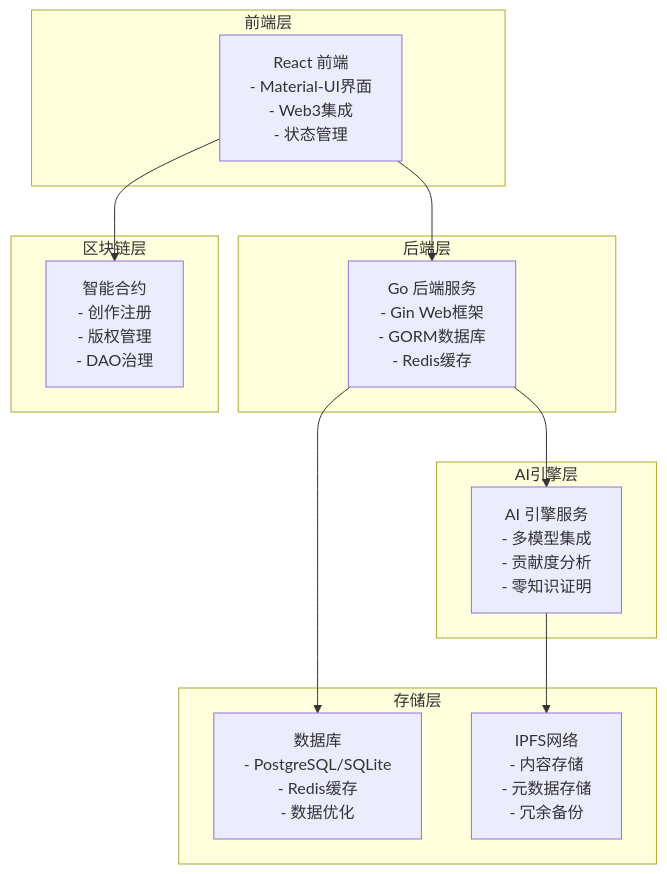
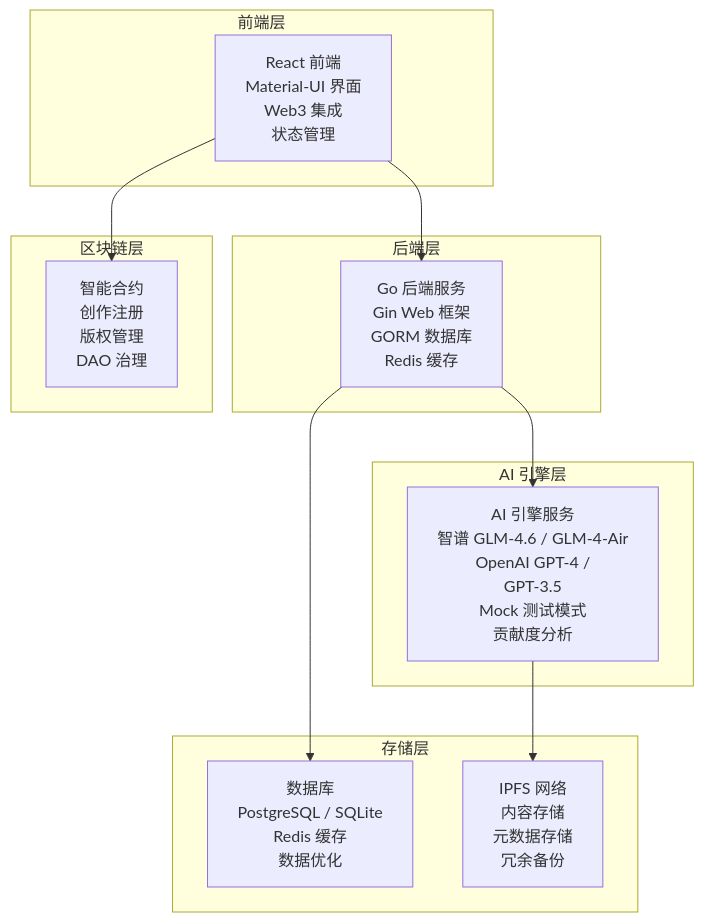
Before and after one commit to Ylim314/CreatorChain-OpenSource-2026: the diagram in docs/README.md, drawn with Mermaid. The commit also changed other lines of this file and 57 other files, not shown here.

````diff
--- a/docs/README.md
+++ b/docs/README.md
@@ -28,29 +30,30 @@
 ```mermaid
 graph TB
-    subgraph "前端层"
-        A[React 前端<br/>- Material-UI界面<br/>- Web3集成<br/>- 状态管理]
-    end
-  
-    subgraph "后端层"
-        B[Go 后端服务<br/>- Gin Web框架<br/>- GORM数据库<br/>- Redis缓存]
-    end
-  
-    subgraph "AI引擎层"
-        C[AI 引擎服务<br/>- 多模型集成<br/>- 贡献度分析<br/>- 零知识证明]
-    end
-  
-    subgraph "区块链层"
-        D[智能合约<br/>- 创作注册<br/>- 版权管理<br/>- DAO治理]
-    end
-  
-    subgraph "存储层"
-        E[数据库<br/>- PostgreSQL/SQLite<br/>- Redis缓存<br/>- 数据优化]
-        F[IPFS网络<br/>- 内容存储<br/>- 元数据存储<br/>- 冗余备份]
-    end
-  
-    A --> B
-    B --> C
-    A --> D
-    B --> E
-    C --> F
+      subgraph Frontend[前端层]
+          A["React 前端<br/>Material-UI 界面<br/>Web3 集成<br/>状态管理"]
+      end
+
+      subgraph Backend[后端层]
+          B["Go 后端服务<br/>Gin Web 框架<br/>GORM 数据库<br/>Redis 缓存"]
+      end
+
+      subgraph AIEngine[AI 引擎层]
+          C["AI 引擎服务<br/>智谱 GLM-4.6 / GLM-4-Air<br/>OpenAI GPT-4 /
+  GPT-3.5<br/>Mock 测试模式<br/>贡献度分析"]
+      end
+
+      subgraph Chain[区块链层]
+          D["智能合约<br/>创作注册<br/>版权管理<br/>DAO 治理"]
+      end
+
+      subgraph Storage[存储层]
+          E["数据库<br/>PostgreSQL / SQLite<br/>Redis 缓存<br/>数据优化"]
+          F["IPFS 网络<br/>内容存储<br/>元数据存储<br/>冗余备份"]
+      end
+
+      A --> B
+      B --> C
+      A --> D
+      B --> E
+      C --> F
 ```
````
